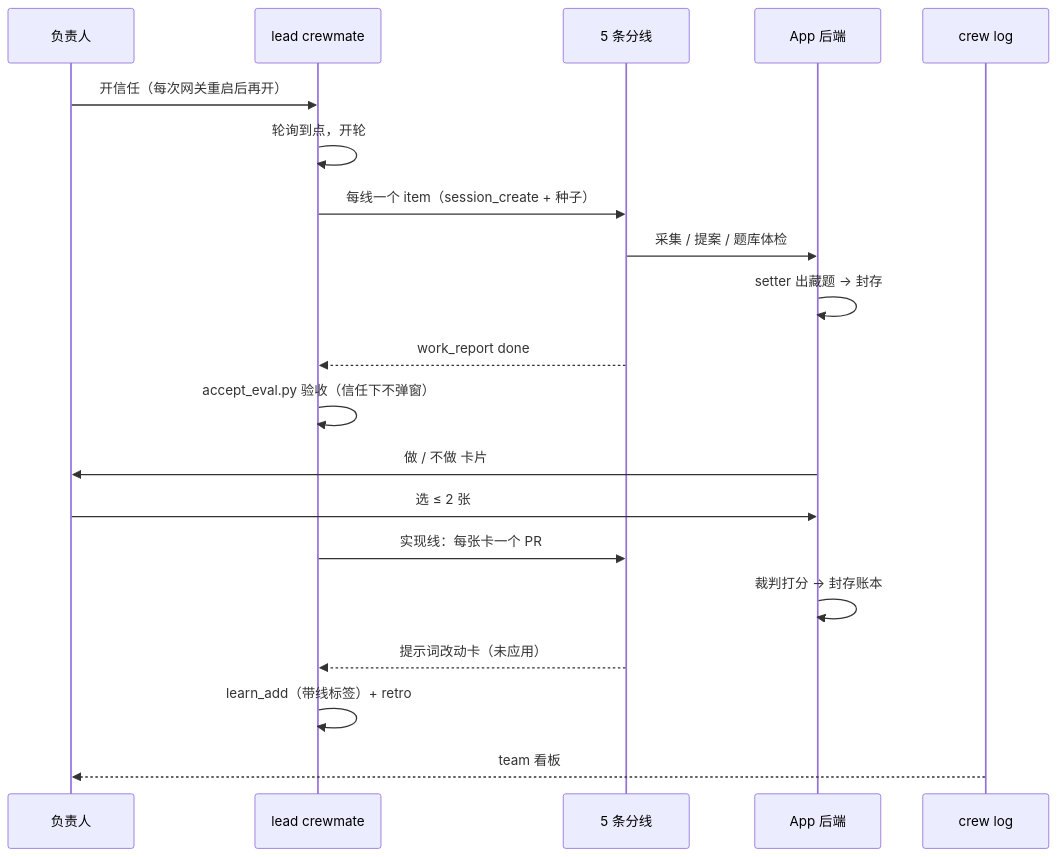
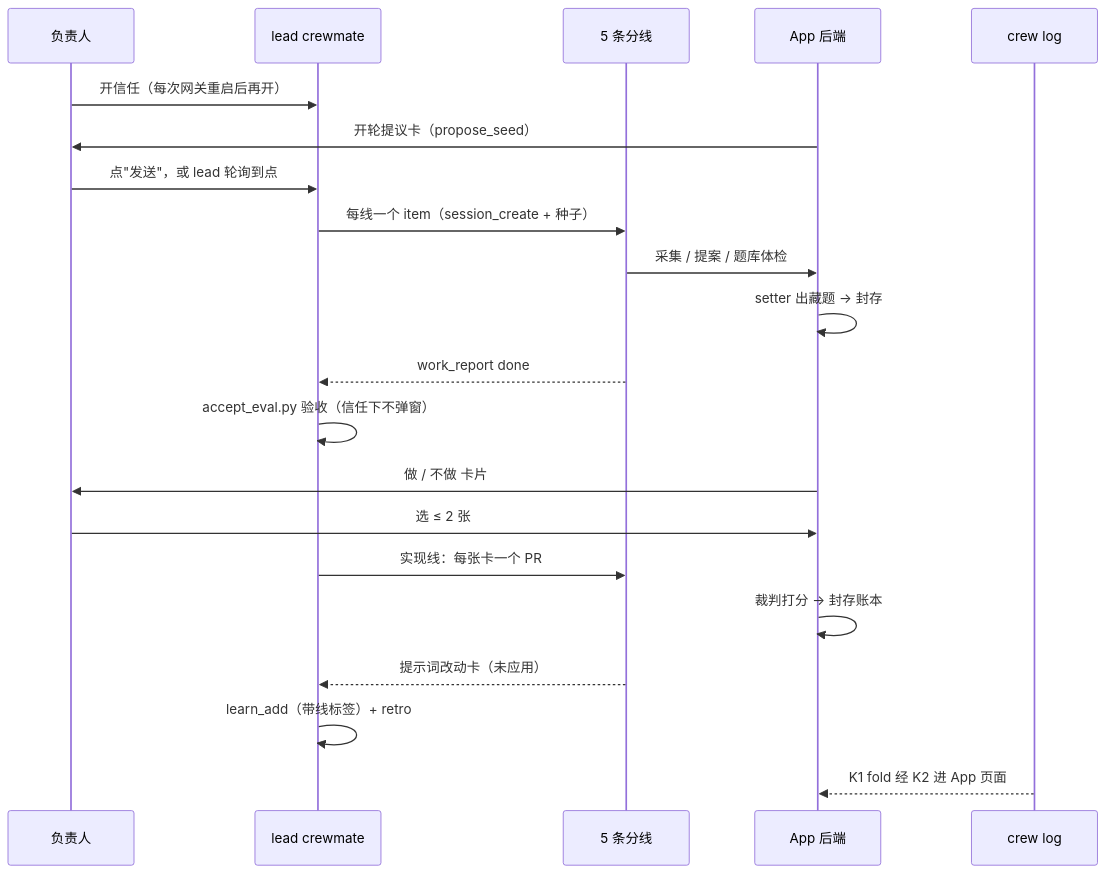
Before and after one commit to iamwhatever/harness-rsi: the sixth of 9 diagrams in docs/design/crewmate-team.md, drawn with Mermaid. The commit also changed other lines of this file and 3 other files, not shown here.

First line of the commit message:
docs: crewmate design v4 (one crewmate, team views in the app first)

````diff
--- a/docs/design/crewmate-team.md
+++ b/docs/design/crewmate-team.md
@@ -216,22 +227,23 @@
 ```mermaid
 sequenceDiagram
   participant O as 负责人
   participant L as lead crewmate
   participant LN as 5 条分线
   participant A as App 后端
   participant CL as crew log
   O->>L: 开信任（每次网关重启后再开）
-  L->>L: 轮询到点，开轮
+  A->>O: 开轮提议卡（propose_seed）
+  O->>L: 点"发送"，或 lead 轮询到点
   L->>LN: 每线一个 item（session_create + 种子）
   LN->>A: 采集 / 提案 / 题库体检
   A->>A: setter 出藏题 → 封存
   LN-->>L: work_report done
   L->>L: accept_eval.py 验收（信任下不弹窗）
   A->>O: 做 / 不做 卡片
   O->>A: 选 ≤ 2 张
   L->>LN: 实现线：每张卡一个 PR
   A->>A: 裁判打分 → 封存账本
   LN-->>L: 提示词改动卡（未应用）
   L->>L: learn_add（带线标签）+ retro
-  CL-->>O: team 看板
+  CL-->>A: K1 fold 经 K2 进 App 页面
 ```
````
